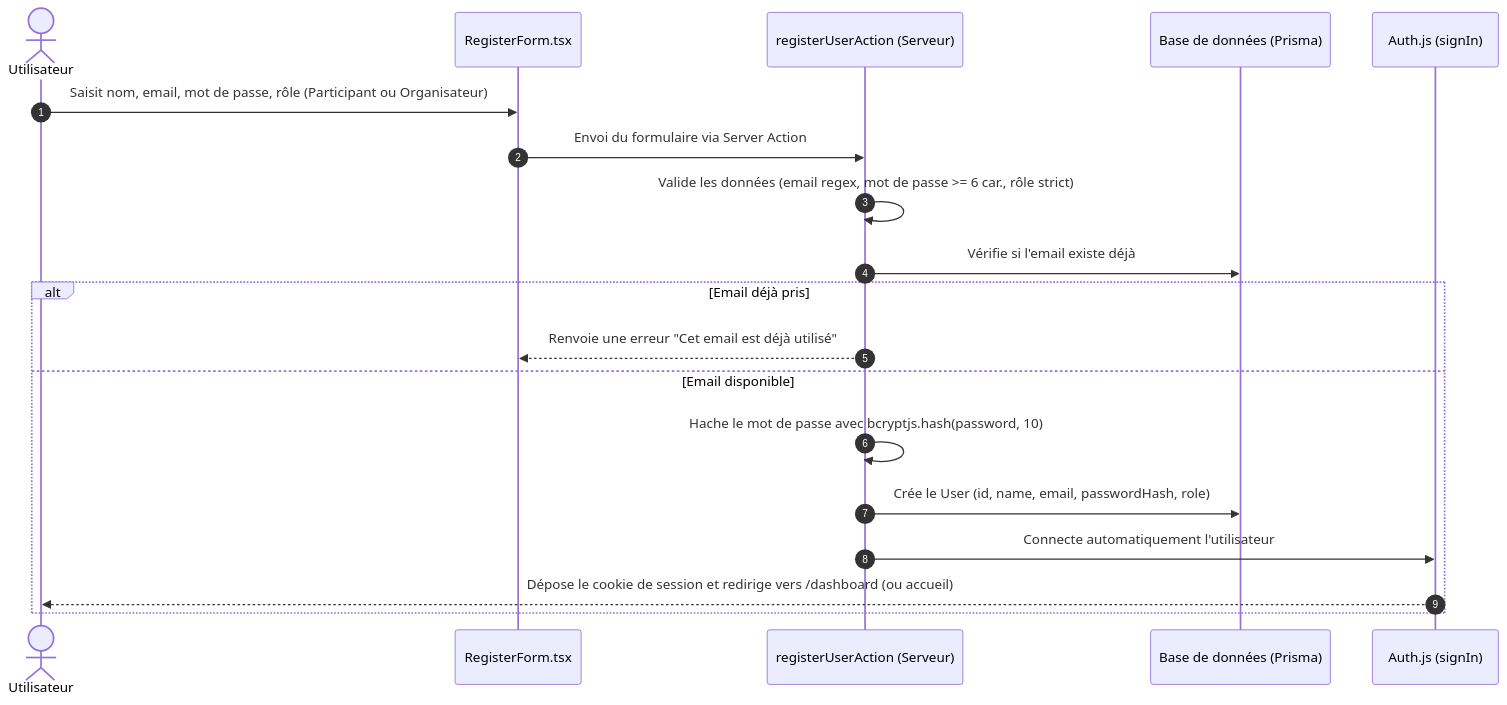
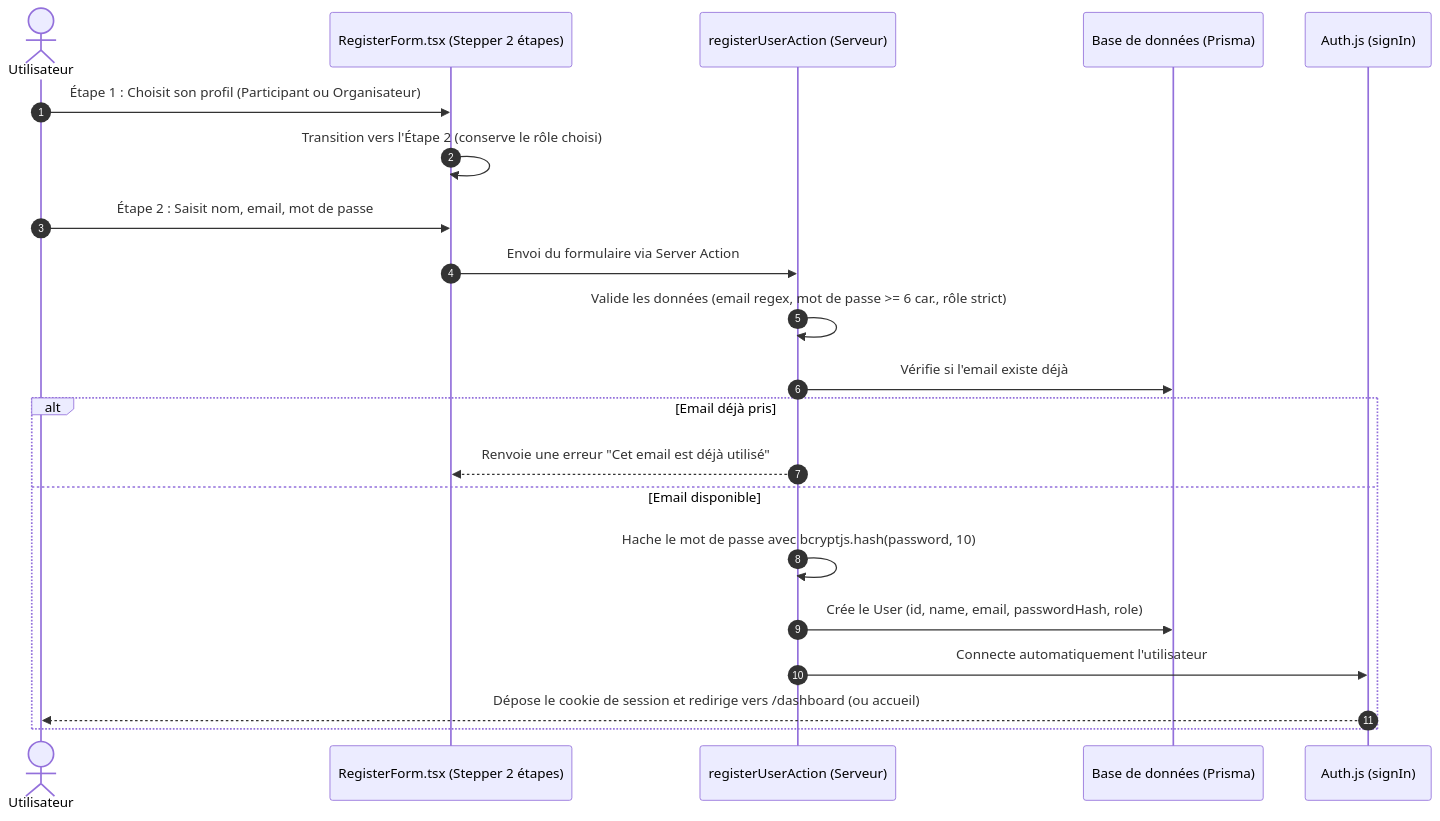
The first of 2 diagrams in docs/AUTH_RECAP.md (thedev-it/s22-groupe7-nextjs-app), drawn with Mermaid before and after one commit. The commit also changed other lines of this file and 1 other file, not shown here.

Commit message:
feat(auth): stepper en 2 étapes sur le formulaire d'inscription

````diff
--- a/docs/AUTH_RECAP.md
+++ b/docs/AUTH_RECAP.md
@@ -80,22 +84,24 @@
 ```mermaid
 sequenceDiagram
     autonumber
     actor U as Utilisateur
-    participant Form as RegisterForm.tsx
+    participant Form as RegisterForm.tsx (Stepper 2 étapes)
     participant Action as registerUserAction (Serveur)
     participant DB as Base de données (Prisma)
     participant Auth as Auth.js (signIn)
 
-    U->>Form: Saisit nom, email, mot de passe, rôle (Participant ou Organisateur)
+    U->>Form: Étape 1 : Choisit son profil (Participant ou Organisateur)
+    Form->>Form: Transition vers l'Étape 2 (conserve le rôle choisi)
+    U->>Form: Étape 2 : Saisit nom, email, mot de passe
     Form->>Action: Envoi du formulaire via Server Action
     Action->>Action: Valide les données (email regex, mot de passe >= 6 car., rôle strict)
     Action->>DB: Vérifie si l'email existe déjà
     alt Email déjà pris
         Action-->>Form: Renvoie une erreur "Cet email est déjà utilisé"
     else Email disponible
         Action->>Action: Hache le mot de passe avec bcryptjs.hash(password, 10)
         Action->>DB: Crée le User (id, name, email, passwordHash, role)
         Action->>Auth: Connecte automatiquement l'utilisateur
         Auth-->>U: Dépose le cookie de session et redirige vers /dashboard (ou accueil)
     end
 ```
````
